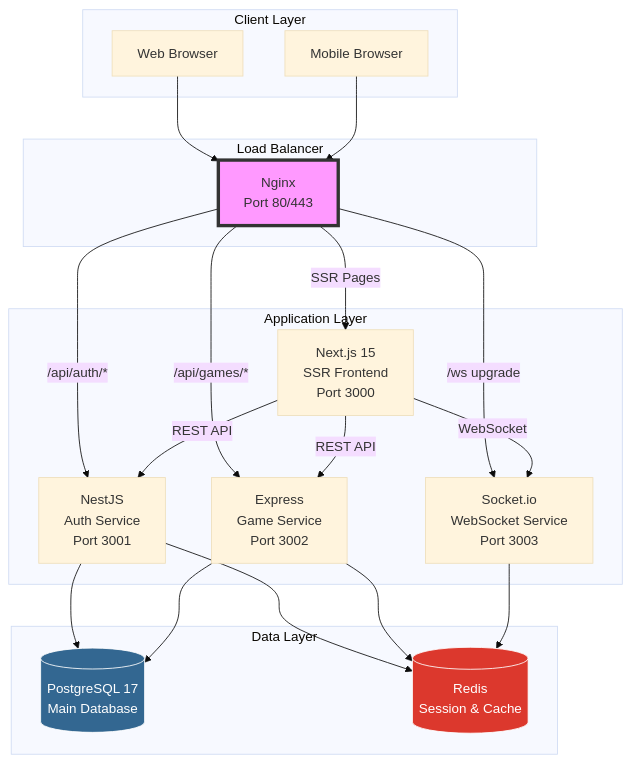
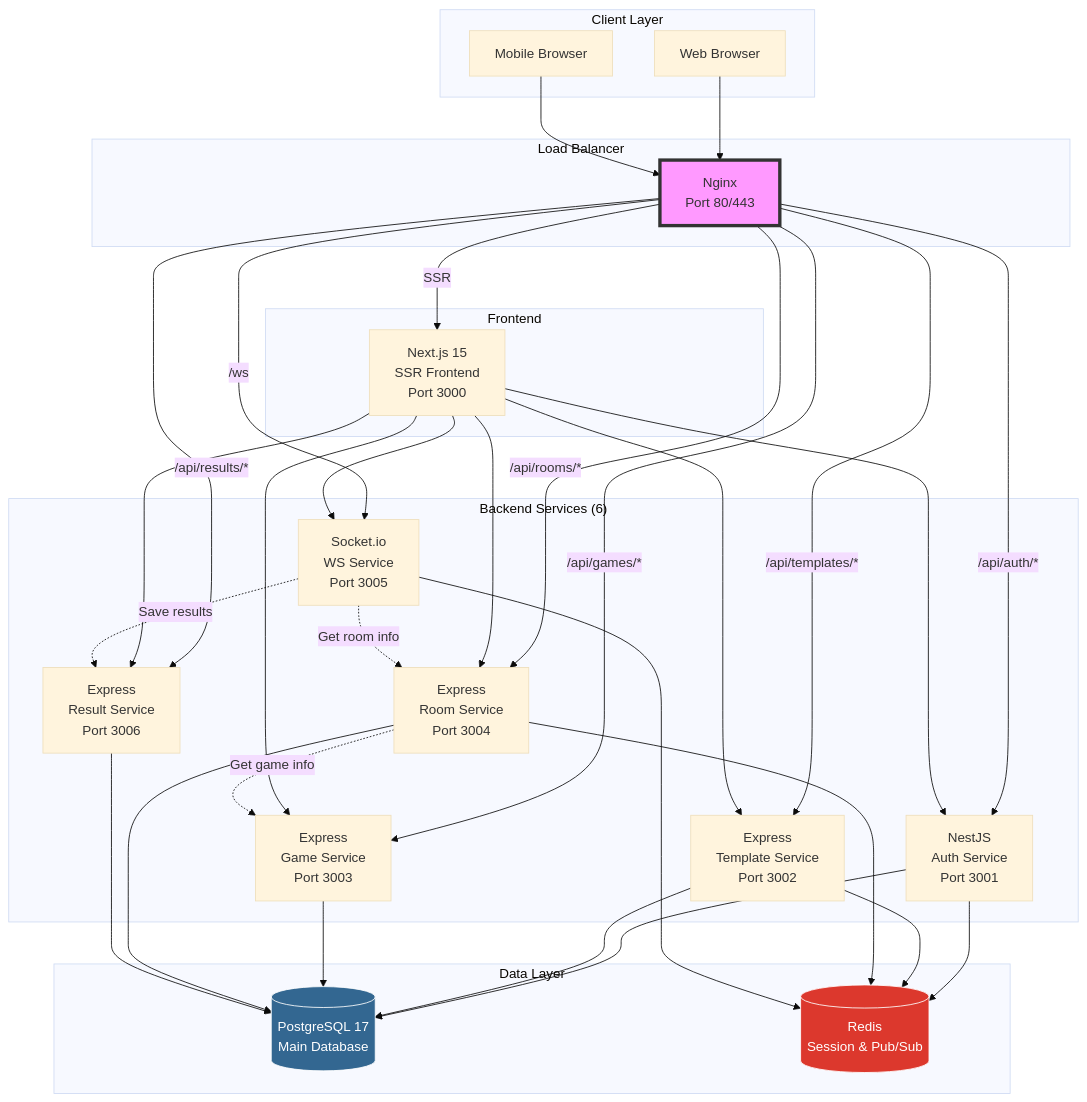
One commit to xinguuu/fully-boy changed the second of 17 diagrams in docs/04-architecture.md. Above: the diagram before and after it, drawn with Mermaid (base theme). The commit also changed other lines of this file and 2 other files, not shown here.

Commit message:
docs: update PRD and architecture documentation

````diff
--- a/docs/04-architecture.md
+++ b/docs/04-architecture.md
@@ -166,45 +166,65 @@
 ```mermaid
 graph TB
     subgraph "Client Layer"
         Browser[Web Browser]
         Mobile[Mobile Browser]
     end
 
     subgraph "Load Balancer"
         Nginx[Nginx<br/>Port 80/443]
     end
 
-    subgraph "Application Layer"
+    subgraph "Frontend"
         Web[Next.js 15<br/>SSR Frontend<br/>Port 3000]
+    end
+
+    subgraph "Backend Services (6)"
         Auth[NestJS<br/>Auth Service<br/>Port 3001]
-        Game[Express<br/>Game Service<br/>Port 3002]
-        WS[Socket.io<br/>WebSocket Service<br/>Port 3003]
+        Template[Express<br/>Template Service<br/>Port 3002]
+        Game[Express<br/>Game Service<br/>Port 3003]
+        Room[Express<br/>Room Service<br/>Port 3004]
+        WS[Socket.io<br/>WS Service<br/>Port 3005]
+        Result[Express<br/>Result Service<br/>Port 3006]
     end
 
     subgraph "Data Layer"
         Postgres[(PostgreSQL 17<br/>Main Database)]
-        Redis[(Redis<br/>Session & Cache)]
+        Redis[(Redis<br/>Session & Pub/Sub)]
     end
 
     Browser --> Nginx
     Mobile --> Nginx
 
-    Nginx -->|SSR Pages| Web
+    Nginx -->|SSR| Web
     Nginx -->|/api/auth/*| Auth
+    Nginx -->|/api/templates/*| Template
     Nginx -->|/api/games/*| Game
-    Nginx -->|/ws upgrade| WS
+    Nginx -->|/api/rooms/*| Room
+    Nginx -->|/ws| WS
+    Nginx -->|/api/results/*| Result
 
-    Web -->|REST API| Auth
-    Web -->|REST API| Game
-    Web -->|WebSocket| WS
+    Web --> Auth
+    Web --> Template
+    Web --> Game
+    Web --> Room
+    Web --> WS
+    Web --> Result
 
     Auth --> Postgres
     Auth --> Redis
+    Template --> Postgres
+    Template --> Redis
     Game --> Postgres
-    Game --> Redis
+    Room --> Postgres
+    Room --> Redis
     WS --> Redis
+    Result --> Postgres
+
+    Room -.->|Get game info| Game
+    WS -.->|Get room info| Room
+    WS -.->|Save results| Result
 
     style Nginx fill:#f9f,stroke:#333,stroke-width:4px
     style Postgres fill:#336791,stroke:#fff,color:#fff
     style Redis fill:#DC382D,stroke:#fff,color:#fff
 ```
````
